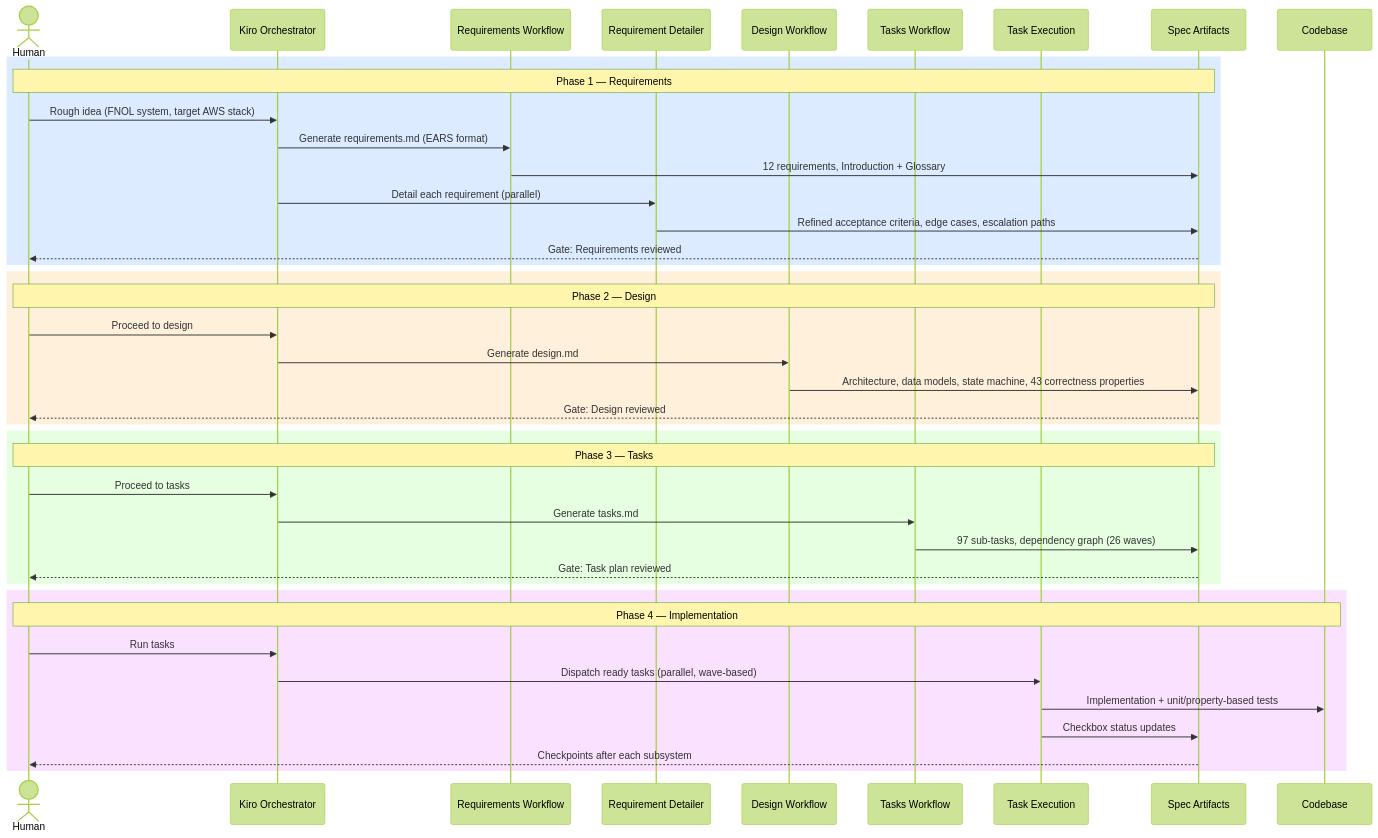
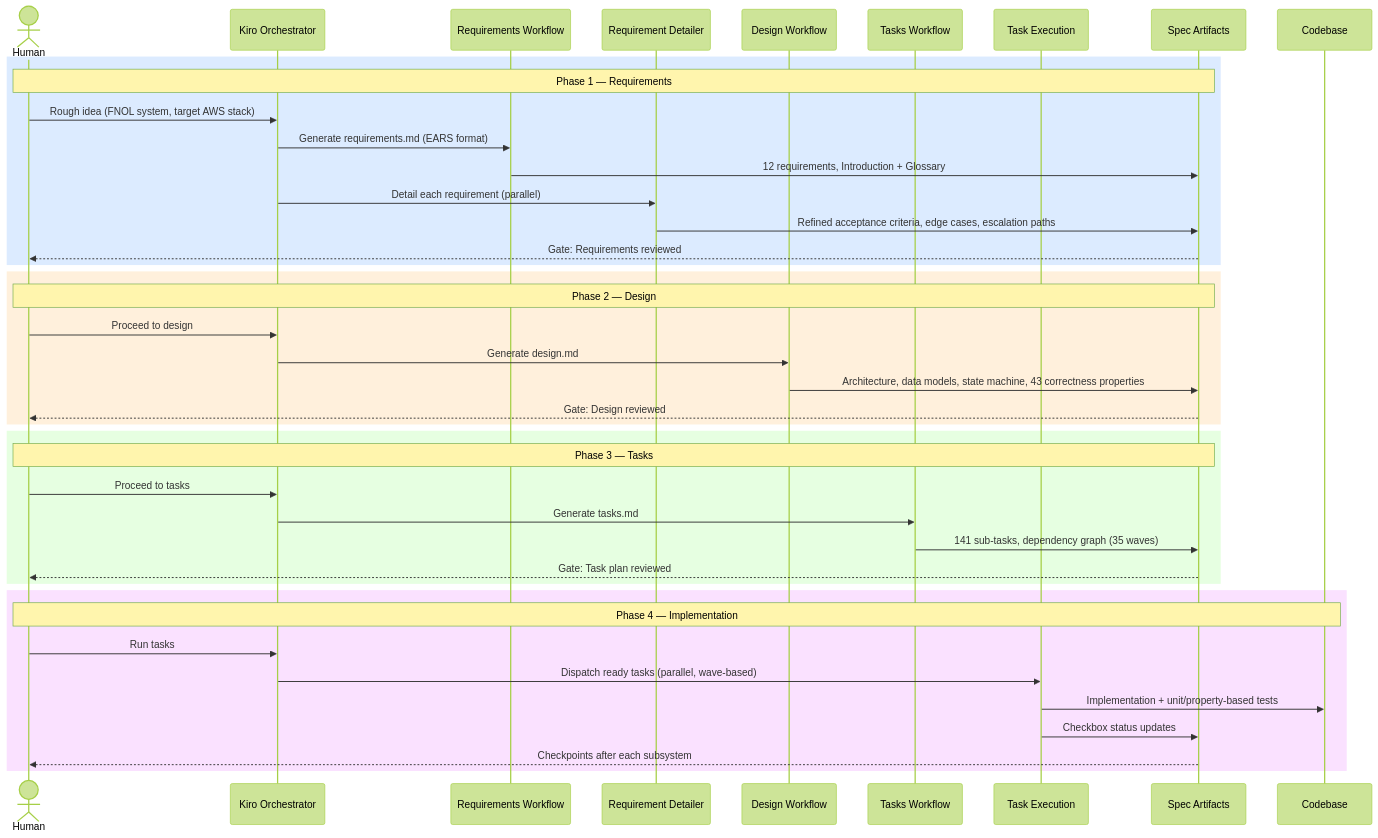
The second of 2 diagrams in claims-management/README.md (vaishakgh/industry-use-case), drawn with Mermaid (forest theme) before and after one commit. The commit also changed other lines of this file and 2 other files, not shown here.

````diff
--- a/claims-management/README.md
+++ b/claims-management/README.md
@@ -152,47 +152,47 @@
 ```mermaid
 sequenceDiagram
     actor Human as Human
     participant Kiro as Kiro Orchestrator
     participant ReqAgent as Requirements Workflow
     participant Detailer as Requirement Detailer
     participant DesignAgent as Design Workflow
     participant TaskAgent as Tasks Workflow
     participant ExecAgent as Task Execution
     participant Docs as Spec Artifacts
     participant Code as Codebase
 
     rect rgb(220, 235, 255)
         Note over Human,Docs: Phase 1 — Requirements
         Human->>Kiro: Rough idea (FNOL system, target AWS stack)
         Kiro->>ReqAgent: Generate requirements.md (EARS format)
         ReqAgent->>Docs: 12 requirements, Introduction + Glossary
         Kiro->>Detailer: Detail each requirement (parallel)
         Detailer->>Docs: Refined acceptance criteria, edge cases, escalation paths
         Docs-->>Human: Gate: Requirements reviewed
     end
 
     rect rgb(255, 240, 220)
         Note over Human,Docs: Phase 2 — Design
         Human->>Kiro: Proceed to design
         Kiro->>DesignAgent: Generate design.md
         DesignAgent->>Docs: Architecture, data models, state machine, 43 correctness properties
         Docs-->>Human: Gate: Design reviewed
     end
 
     rect rgb(230, 255, 225)
         Note over Human,Docs: Phase 3 — Tasks
         Human->>Kiro: Proceed to tasks
         Kiro->>TaskAgent: Generate tasks.md
-        TaskAgent->>Docs: 97 sub-tasks, dependency graph (26 waves)
+        TaskAgent->>Docs: 141 sub-tasks, dependency graph (35 waves)
         Docs-->>Human: Gate: Task plan reviewed
     end
 
     rect rgb(250, 225, 255)
         Note over Human,Code: Phase 4 — Implementation
         Human->>Kiro: Run tasks
         Kiro->>ExecAgent: Dispatch ready tasks (parallel, wave-based)
         ExecAgent->>Code: Implementation + unit/property-based tests
         ExecAgent->>Docs: Checkbox status updates
         Docs-->>Human: Checkpoints after each subsystem
     end
 ```
````
